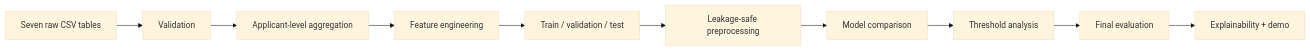
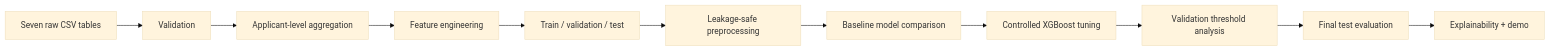
One commit to Rohith-S636/loan-repayment-risk-ml changed the diagram in docs/ARCHITECTURE.md. Above: the diagram before and after it, drawn with Mermaid (base theme). The commit also changed other lines of this file, not shown here.

Commit message:
docs: update architecture for tuning stage

````diff
--- a/docs/ARCHITECTURE.md
+++ b/docs/ARCHITECTURE.md
@@ -13,12 +13,13 @@
 ```mermaid
 flowchart LR
  A[Seven raw CSV tables] --> B[Validation]
  B --> C[Applicant-level aggregation]
  C --> D[Feature engineering]
  D --> E[Train / validation / test]
  E --> F[Leakage-safe preprocessing]
- F --> G[Model comparison]
- G --> H[Threshold analysis]
- H --> I[Final evaluation]
- I --> J[Explainability + demo]
+ F --> G[Baseline model comparison]
+ G --> H[Controlled XGBoost tuning]
+ H --> I[Validation threshold analysis]
+ I --> J[Final test evaluation]
+ J --> K[Explainability + demo]
 ```
````
